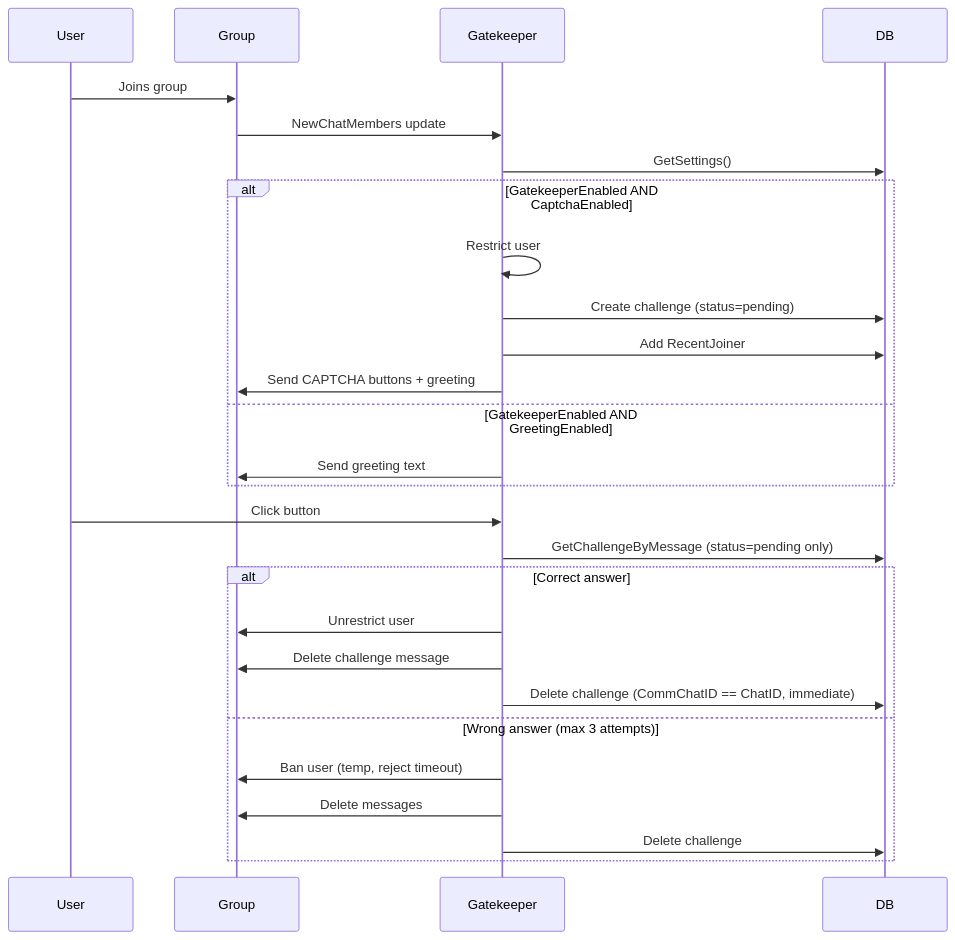
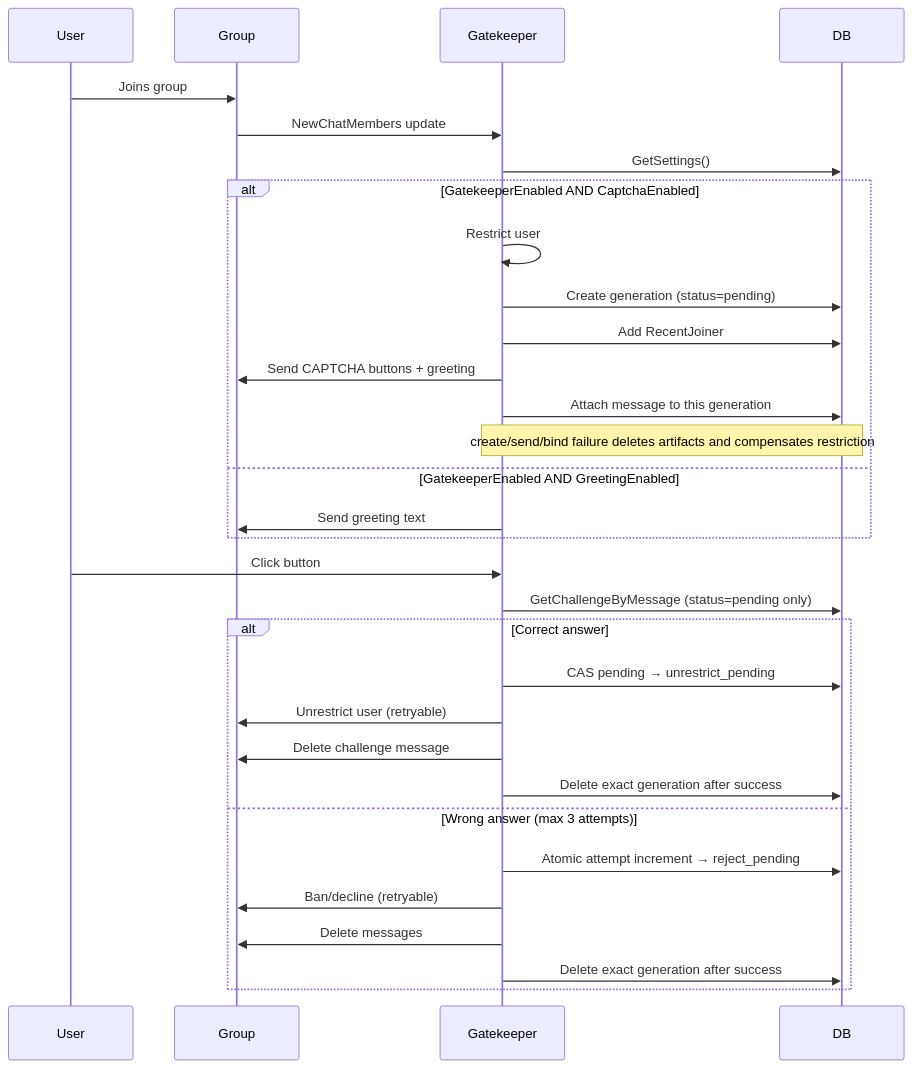
The seventh of 11 diagrams in docs/CODEBASE_MAP.md (iamwavecut/ngbot), drawn with Mermaid before and after one commit. The commit also changed other lines of this file and 106 other files, not shown here.

````diff
--- a/docs/CODEBASE_MAP.md
+++ b/docs/CODEBASE_MAP.md
@@ -843,33 +881,37 @@
 ```mermaid
 sequenceDiagram
     participant User
     participant Group
     participant Gatekeeper
     participant DB
 
     User->>Group: Joins group
     Group->>Gatekeeper: NewChatMembers update
     Gatekeeper->>DB: GetSettings()
 
     alt GatekeeperEnabled AND CaptchaEnabled
         Gatekeeper->>Gatekeeper: Restrict user
-        Gatekeeper->>DB: Create challenge (status=pending)
+        Gatekeeper->>DB: Create generation (status=pending)
         Gatekeeper->>DB: Add RecentJoiner
         Gatekeeper->>Group: Send CAPTCHA buttons + greeting
+        Gatekeeper->>DB: Attach message to this generation
+        Note over Gatekeeper,DB: create/send/bind failure deletes artifacts and compensates restriction
     else GatekeeperEnabled AND GreetingEnabled
         Gatekeeper->>Group: Send greeting text
     end
 
     User->>Gatekeeper: Click button
     Gatekeeper->>DB: GetChallengeByMessage (status=pending only)
 
     alt Correct answer
-        Gatekeeper->>Group: Unrestrict user
+        Gatekeeper->>DB: CAS pending → unrestrict_pending
+        Gatekeeper->>Group: Unrestrict user (retryable)
         Gatekeeper->>Group: Delete challenge message
-        Gatekeeper->>DB: Delete challenge (CommChatID == ChatID, immediate)
+        Gatekeeper->>DB: Delete exact generation after success
     else Wrong answer (max 3 attempts)
-        Gatekeeper->>Group: Ban user (temp, reject timeout)
+        Gatekeeper->>DB: Atomic attempt increment → reject_pending
+        Gatekeeper->>Group: Ban/decline (retryable)
         Gatekeeper->>Group: Delete messages
-        Gatekeeper->>DB: Delete challenge
+        Gatekeeper->>DB: Delete exact generation after success
     end
 ```
````
